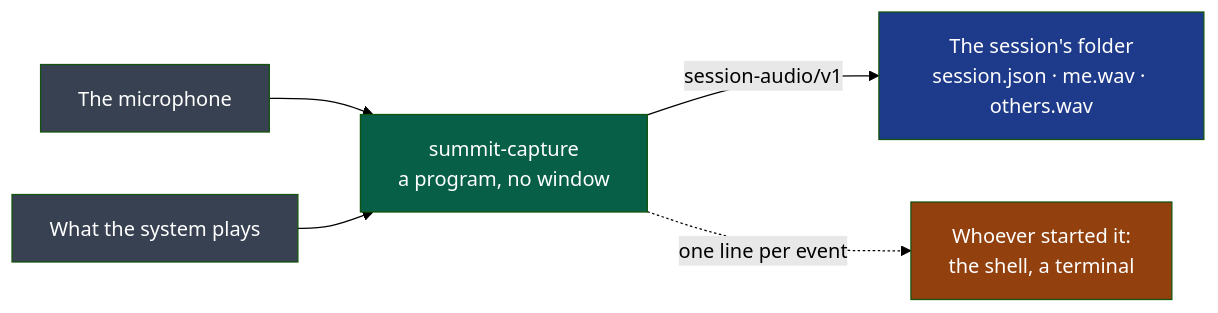
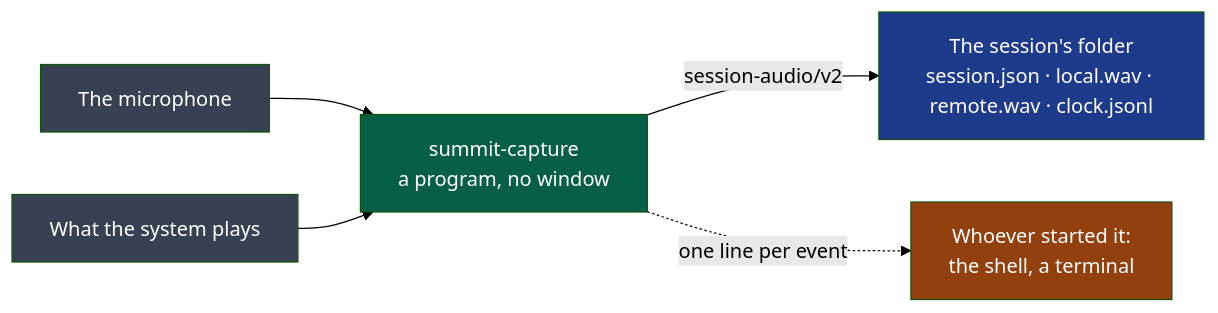
One commit to NapkinStack/wholeheard changed the diagram in modules/capture/README.md. Above: the diagram before and after it, drawn with Mermaid (forest theme). The commit also changed other lines of this file and 2 other files, not shown here.

````diff
--- a/modules/capture/README.md
+++ b/modules/capture/README.md
@@ -9,12 +9,12 @@
 ```mermaid
 flowchart LR
     M["The microphone"]:::src --> P["summit-capture<br/>a program, no window"]:::mod
     O["What the system plays"]:::src --> P
-    P -->|"session-audio/v1"| F["The session's folder<br/>session.json · me.wav · others.wav"]:::file
+    P -->|"session-audio/v2"| F["The session's folder<br/>session.json · local.wav · remote.wav · clock.jsonl"]:::file
     P -.->|"one line per event"| W["Whoever started it:<br/>the shell, a terminal"]:::user
 
     classDef src fill:#374151,color:#fff
     classDef mod fill:#065f46,color:#fff
     classDef file fill:#1e3a8a,color:#fff
     classDef user fill:#92400e,color:#fff
 ```
````
